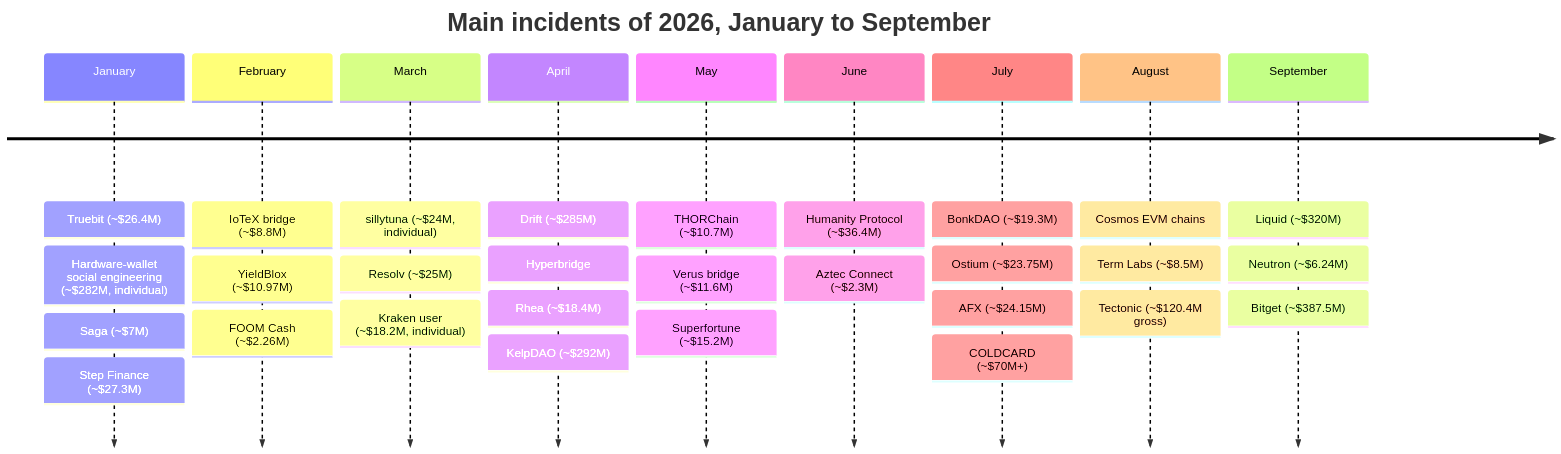
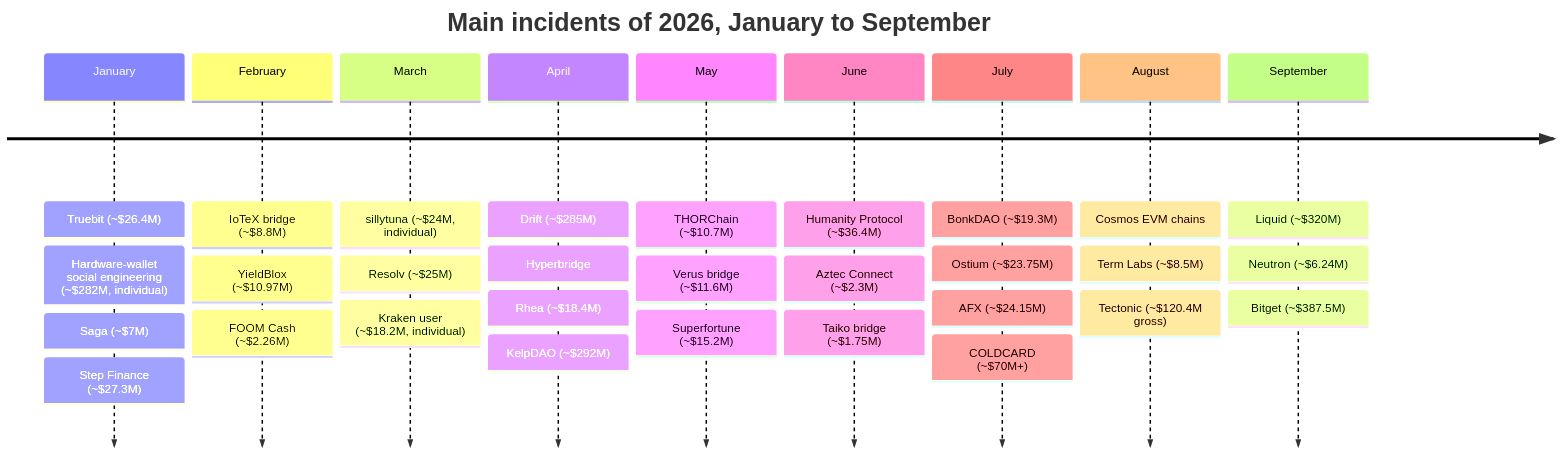
One commit to rya-sge/access-denied changed the second of 4 diagrams in _posts/2026-10-07-crypto-hacks-2026-year-to-date.md. Above: the diagram before and after it, drawn with Mermaid. The commit also changed other lines of this file and 10 other files, not shown here.

````diff
--- a/_posts/2026-10-07-crypto-hacks-2026-year-to-date.md
+++ b/_posts/2026-10-07-crypto-hacks-2026-year-to-date.md
@@ -136,13 +137,13 @@
 ```mermaid
 timeline
     title Main incidents of 2026, January to September
     January : Truebit (~$26.4M) : Hardware-wallet social engineering (~$282M, individual) : Saga (~$7M) : Step Finance (~$27.3M)
     February : IoTeX bridge (~$8.8M) : YieldBlox (~$10.97M) : FOOM Cash (~$2.26M)
     March : sillytuna (~$24M, individual) : Resolv (~$25M) : Kraken user (~$18.2M, individual)
     April : Drift (~$285M) : Hyperbridge : Rhea (~$18.4M) : KelpDAO (~$292M)
     May : THORChain (~$10.7M) : Verus bridge (~$11.6M) : Superfortune (~$15.2M)
-    June : Humanity Protocol (~$36.4M) : Aztec Connect (~$2.3M)
+    June : Humanity Protocol (~$36.4M) : Aztec Connect (~$2.3M) : Taiko bridge (~$1.75M)
     July : BonkDAO (~$19.3M) : Ostium (~$23.75M) : AFX (~$24.15M) : COLDCARD (~$70M+)
     August : Cosmos EVM chains : Term Labs (~$8.5M) : Tectonic (~$120.4M gross)
     September : Liquid (~$320M) : Neutron (~$6.24M) : Bitget (~$387.5M)
 ```
````
